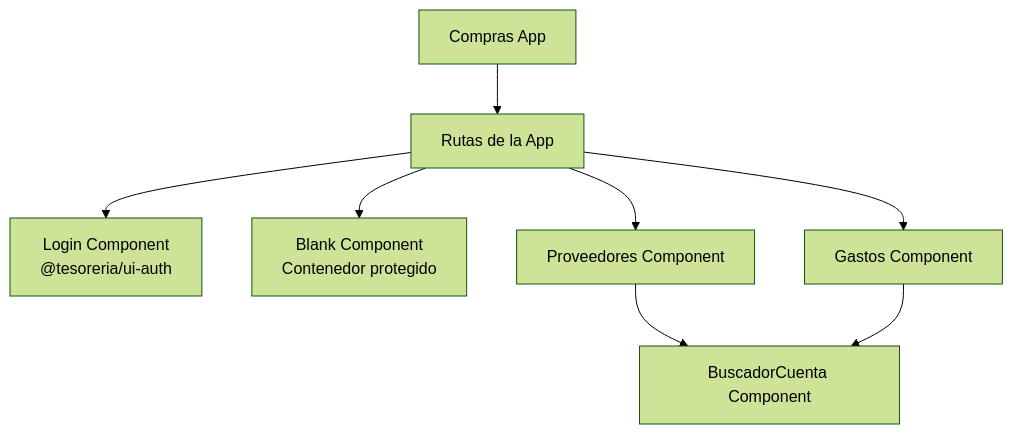
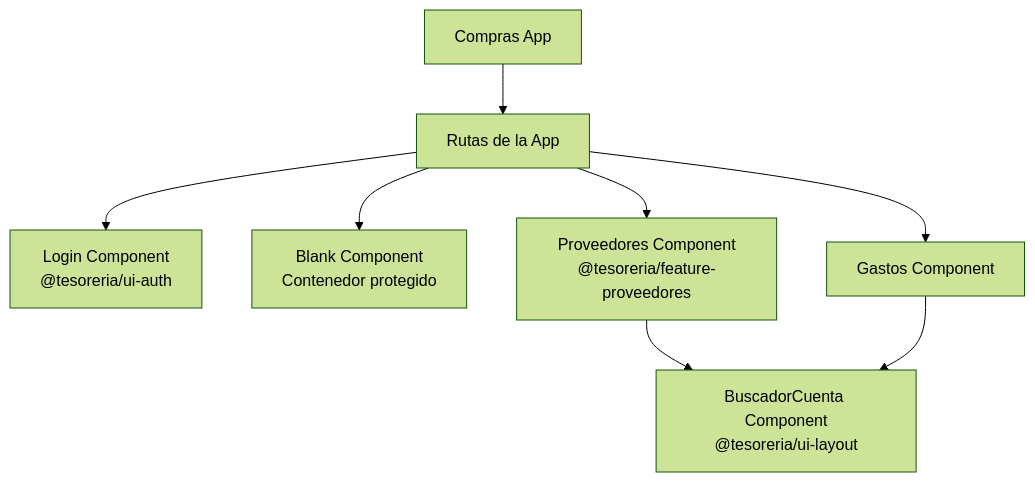
One commit to UM-services/UM.tesoreria.frontend-client changed the third of 6 diagrams in docs/architecture.md. Above: the diagram before and after it, drawn with Mermaid (forest theme). The commit also changed other lines of this file and 26 other files, not shown here.

````diff
--- a/docs/architecture.md
+++ b/docs/architecture.md
@@ -73,11 +77,11 @@
 ```mermaid
 graph TD
     ComprasApp[Compras App] --> AppRoutes[Rutas de la App]
     AppRoutes --> Login[Login Component<br/>@tesoreria/ui-auth]
     AppRoutes --> Blank[Blank Component<br/>Contenedor protegido]
-    AppRoutes --> Proveedores[Proveedores Component]
+    AppRoutes --> Proveedores[Proveedores Component<br/>@tesoreria/feature-proveedores]
     AppRoutes --> Gastos[Gastos Component]
 
-    Proveedores --> BuscadorCuenta[BuscadorCuenta Component]
-    Gastos --> BuscadorCuenta[BuscadorCuenta Component]
+    Proveedores --> BuscadorCuenta[BuscadorCuenta Component<br/>@tesoreria/ui-layout]
+    Gastos --> BuscadorCuenta[BuscadorCuenta Component<br/>@tesoreria/ui-layout]
 ```
````
